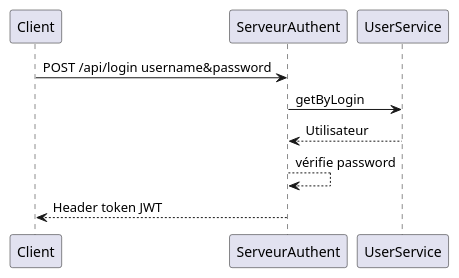
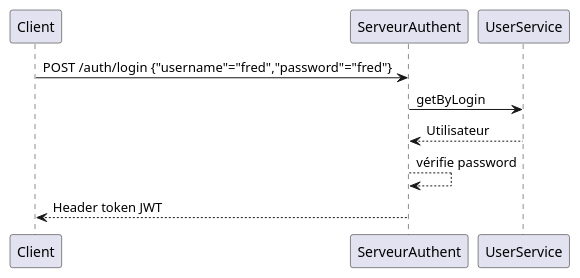
The first of 2 diagrams in src/main/resources/protocole.adoc (fredmoal/live-demo-security), drawn with PlantUML before and after one commit. The commit also changed 22 other files, not shown here.

```diff
--- a/src/main/resources/protocole.adoc
+++ b/src/main/resources/protocole.adoc
@@ -8,8 +8,8 @@
 [plantuml,authent-protocol]
 ....
-Client -> ServeurAuthent: POST /api/login username&password
+Client -> ServeurAuthent: POST /auth/login {"username"="fred","password"="fred"}
 ServeurAuthent -> UserService: getByLogin
 UserService --> ServeurAuthent: Utilisateur
 ServeurAuthent --> ServeurAuthent: vérifie password
 ServeurAuthent --> Client: Header token JWT
 ....
```
